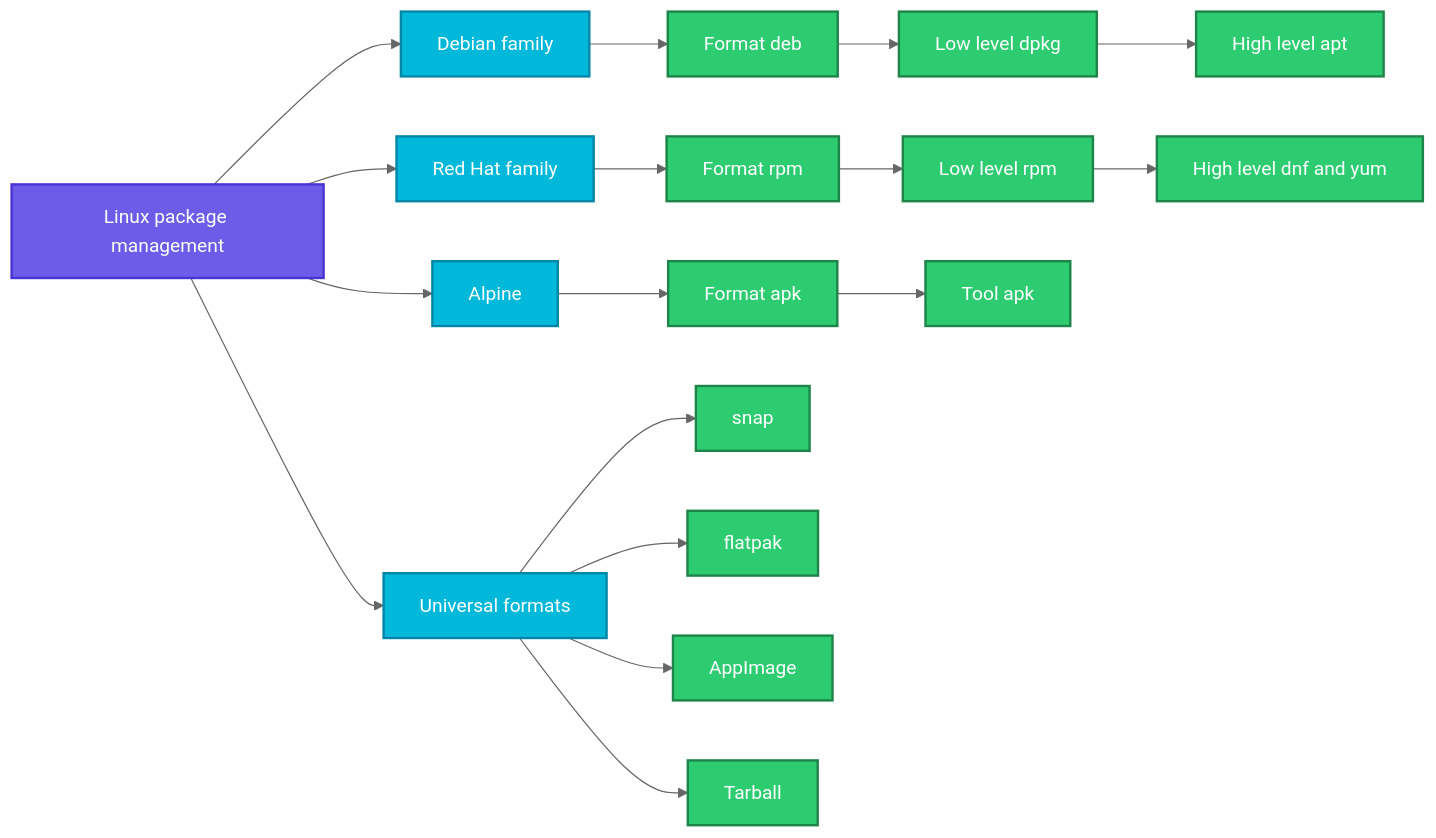
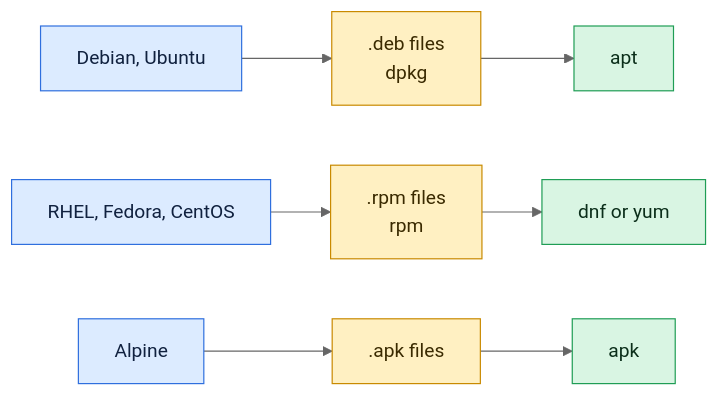
The second of 2 diagrams in linux/package-management/README.md (codeKerdosTech/DevOps-Documentation), drawn with Mermaid (neutral theme) before and after one commit. The commit also changed other lines of this file and 165 other files, not shown here.

Commit message:
updated diagrams in linux

````diff
--- a/linux/package-management/README.md
+++ b/linux/package-management/README.md
@@ -67,25 +60,14 @@
 ```mermaid
 flowchart LR
-    A[Linux package management] --> B[Debian family]
-    A --> C[Red Hat family]
-    A --> D[Alpine]
-    A --> E[Universal formats]
-    B --> B1[Format deb]
-    B1 --> B2[Low level dpkg]
-    B2 --> B3[High level apt]
-    C --> C1[Format rpm]
-    C1 --> C2[Low level rpm]
-    C2 --> C3[High level dnf and yum]
-    D --> D1[Format apk]
-    D1 --> D2[Tool apk]
-    E --> E1[snap]
-    E --> E2[flatpak]
-    E --> E3[AppImage]
-    E --> E4[Tarball]
-    classDef root fill:#6C5CE7,stroke:#4834D4,stroke-width:2px,color:#fff
-    classDef fam fill:#00B8D9,stroke:#0087A8,stroke-width:2px,color:#fff
-    classDef leaf fill:#2ECC71,stroke:#1E8449,stroke-width:2px,color:#fff
-    class A root
-    class B,C,D,E fam
-    class B1,B2,B3,C1,C2,C3,D1,D2,E1,E2,E3,E4 leaf
+    i1[Debian, Ubuntu] --> c1[.deb files<br/>dpkg] --> o1[apt]
+    i2[RHEL, Fedora, CentOS] --> c2[.rpm files<br/>rpm] --> o2[dnf or yum]
+    i3[Alpine] --> c3[.apk files] --> o3[apk]
+    classDef inp fill:#DCEBFF,stroke:#2F6FDE,color:#10213F
+    classDef cmd fill:#FFF0C2,stroke:#C98A00,color:#3A2A00
+    classDef out fill:#D9F5E3,stroke:#1F9D55,color:#0B2E1A
+    classDef bad fill:#FDE0E0,stroke:#D13B3B,color:#4A0F0F
+    classDef note fill:#ECEFF3,stroke:#7B8794,color:#1F2933
+    class i1,i2,i3 inp
+    class c1,c2,c3 cmd
+    class o1,o2,o3 out
 ```
````
